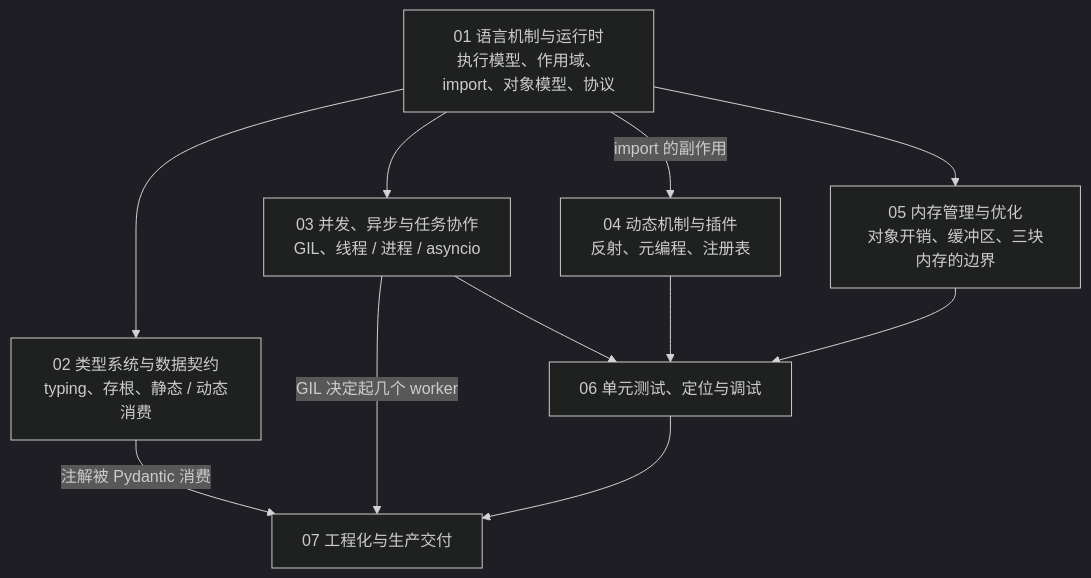
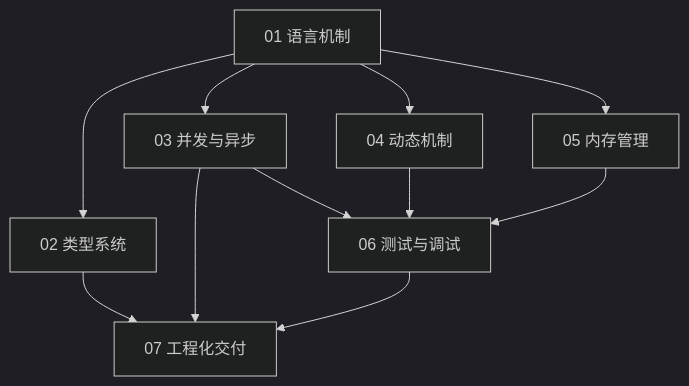
The first of 4 diagrams in slides/2026-01-30-python-for-ai-infra.md (arganzheng/arganzheng.github.com), drawn with Mermaid (dark theme) before and after one commit. The commit also changed other lines of this file, not shown here.

Commit message:
slides/python-for-ai-infra: cut/shorten mermaid diagrams below 14px rendered text (check-render smalltext/overlap)

````diff
--- a/slides/2026-01-30-python-for-ai-infra.md
+++ b/slides/2026-01-30-python-for-ai-infra.md
@@ -38,12 +38,12 @@
 ```mermaid
 %%{init: {"flowchart": {"wrappingWidth": 190}}}%%
 flowchart TB
-    P1["01 语言机制与运行时<br/>执行模型、作用域、import、对象模型、协议"] --> P2["02 类型系统与数据契约<br/>typing、存根、静态 / 动态消费"]
-    P1 --> P3["03 并发、异步与任务协作<br/>GIL、线程 / 进程 / asyncio"]
-    P1 -- "import 的副作用" --> P4["04 动态机制与插件<br/>反射、元编程、注册表"]
-    P1 --> P5["05 内存管理与优化<br/>对象开销、缓冲区、三块内存的边界"]
-    P3 & P4 & P5 --> P6["06 单元测试、定位与调试"]
-    P2 -- "注解被 Pydantic 消费" --> P7["07 工程化与生产交付"]
-    P3 -- "GIL 决定起几个 worker" --> P7
+    P1["01 语言机制"] --> P2["02 类型系统"]
+    P1 --> P3["03 并发与异步"]
+    P1 --> P4["04 动态机制"]
+    P1 --> P5["05 内存管理"]
+    P3 & P4 & P5 --> P6["06 测试与调试"]
+    P2 --> P7["07 工程化交付"]
+    P3 --> P7
     P6 --> P7
 ```
````
